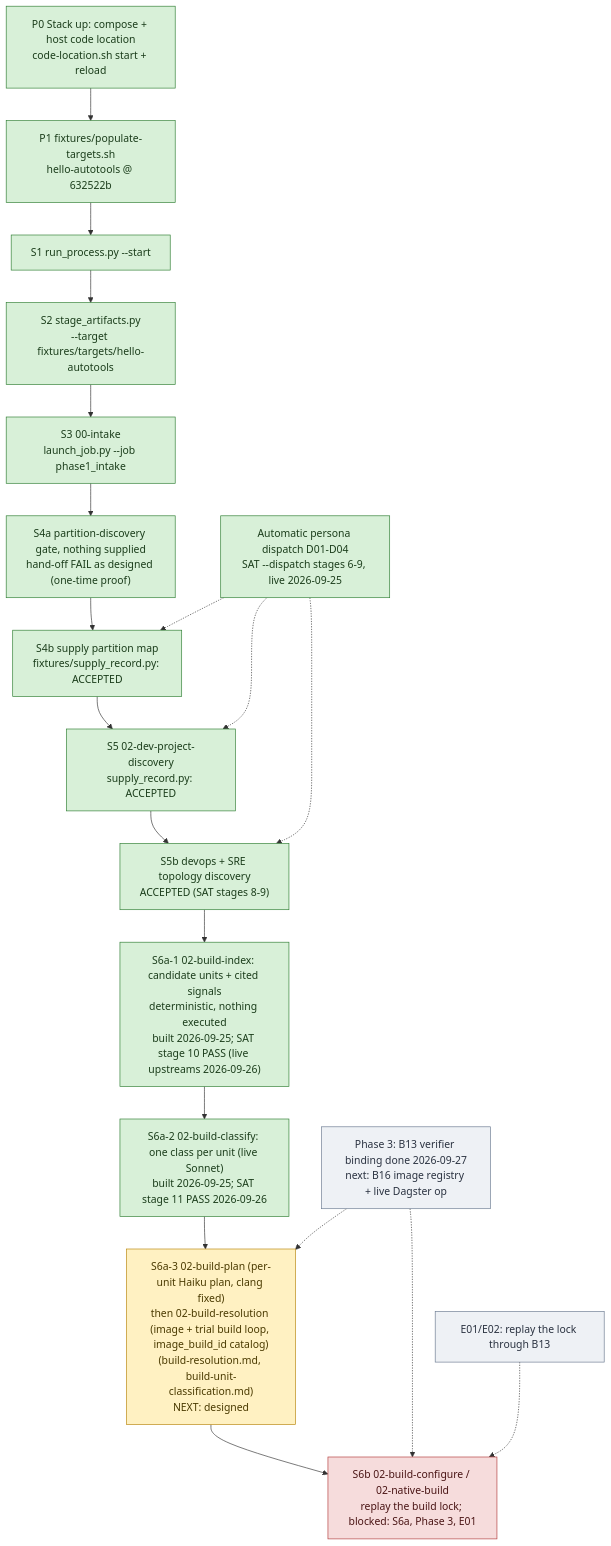
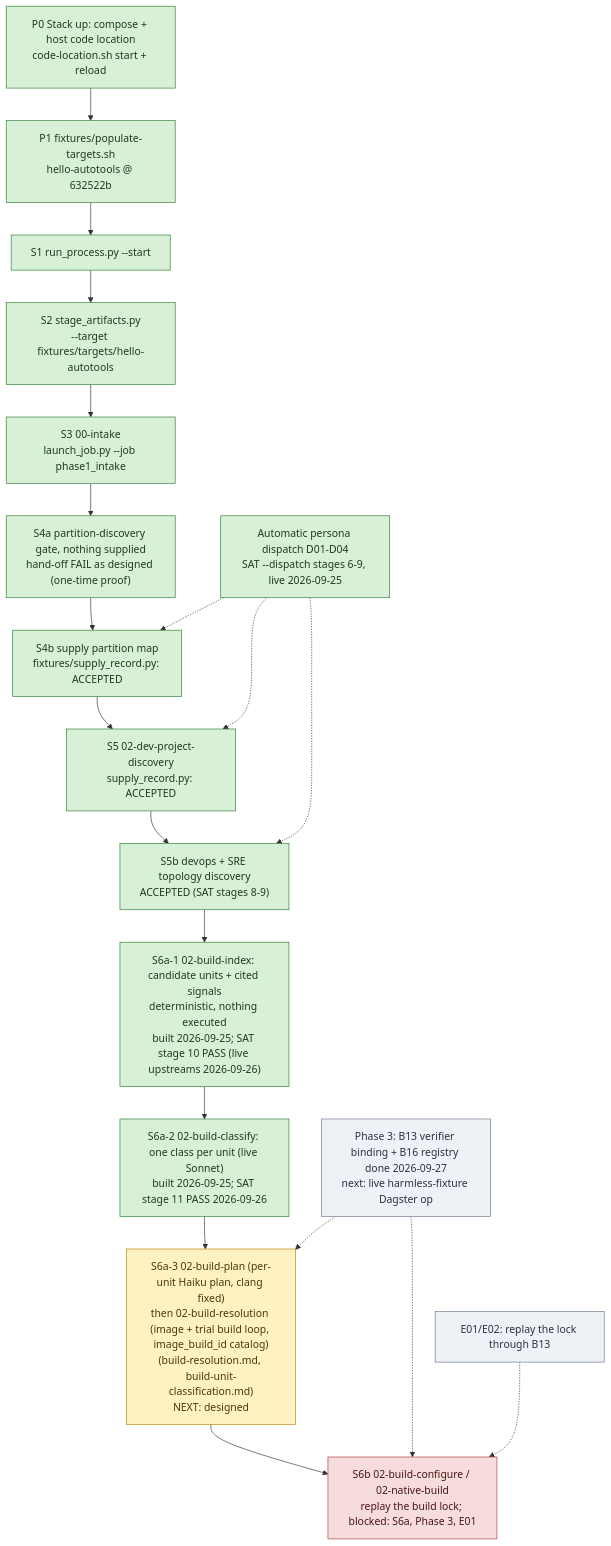
Before and after one commit to wsollers/appsec-review: the diagram in docs/processes/flow-bringup.md, drawn with Mermaid. The commit also changed other lines of this file and 16 other files, not shown here.

Commit message:
B16: generate host-local container image registry

````diff
--- a/docs/processes/flow-bringup.md
+++ b/docs/processes/flow-bringup.md
@@ -20,32 +20,32 @@
 ```mermaid
 flowchart TD
   P0["P0 Stack up: compose + host code location<br/>code-location.sh start + reload"]:::done
   P1["P1 fixtures/populate-targets.sh<br/>hello-autotools @ 632522b"]:::done
   S1["S1 run_process.py --start"]:::done
   S2["S2 stage_artifacts.py<br/>--target fixtures/targets/hello-autotools"]:::done
   S3["S3 00-intake<br/>launch_job.py --job phase1_intake"]:::done
   S4a["S4a partition-discovery gate, nothing supplied<br/>hand-off FAIL as designed (one-time proof)"]:::done
   S4b["S4b supply partition map<br/>fixtures/supply_record.py: ACCEPTED"]:::done
   S5["S5 02-dev-project-discovery<br/>supply_record.py: ACCEPTED"]:::done
   S5b["S5b devops + SRE topology discovery<br/>ACCEPTED (SAT stages 8-9)"]:::done
   AD["Automatic persona dispatch D01-D04<br/>SAT --dispatch stages 6-9, live 2026-09-25"]:::done
   S6i["S6a-1 02-build-index: candidate units + cited signals<br/>deterministic, nothing executed<br/>built 2026-09-25; SAT stage 10 PASS (live upstreams 2026-09-26)"]:::done
   S6c["S6a-2 02-build-classify: one class per unit (live Sonnet)<br/>built 2026-09-25; SAT stage 11 PASS 2026-09-26"]:::done
   S6a["S6a-3 02-build-plan (per-unit Haiku plan, clang fixed)<br/>then 02-build-resolution (image + trial build loop, image_build_id catalog)<br/>(build-resolution.md, build-unit-classification.md)<br/>NEXT: designed"]:::next
   S6["S6b 02-build-configure / 02-native-build<br/>replay the build lock; blocked: S6a, Phase 3, E01"]:::blocked
-  B13["Phase 3: B13 verifier binding done 2026-09-27<br/>next: B16 image registry + live Dagster op"]:::todo
+  B13["Phase 3: B13 verifier binding + B16 registry done 2026-09-27<br/>next: live harmless-fixture Dagster op"]:::todo
   E01["E01/E02: replay the lock through B13"]:::todo
 
   P0 --> P1 --> S1 --> S2 --> S3 --> S4a --> S4b --> S5 --> S5b --> S6i --> S6c --> S6a --> S6
   AD -.-> S4b
   AD -.-> S5
   AD -.-> S5b
   B13 -.-> S6a
   B13 -.-> S6
   E01 -.-> S6
 
   classDef done fill:#d8f0d8,stroke:#2e7d32,color:#1b3d1b
   classDef next fill:#fff1c2,stroke:#b8860b,color:#4a3a00
   classDef todo fill:#eef1f5,stroke:#6b7a90,color:#2a3240
   classDef blocked fill:#f6dcdc,stroke:#b23b3b,color:#4a1515
 ```
````
